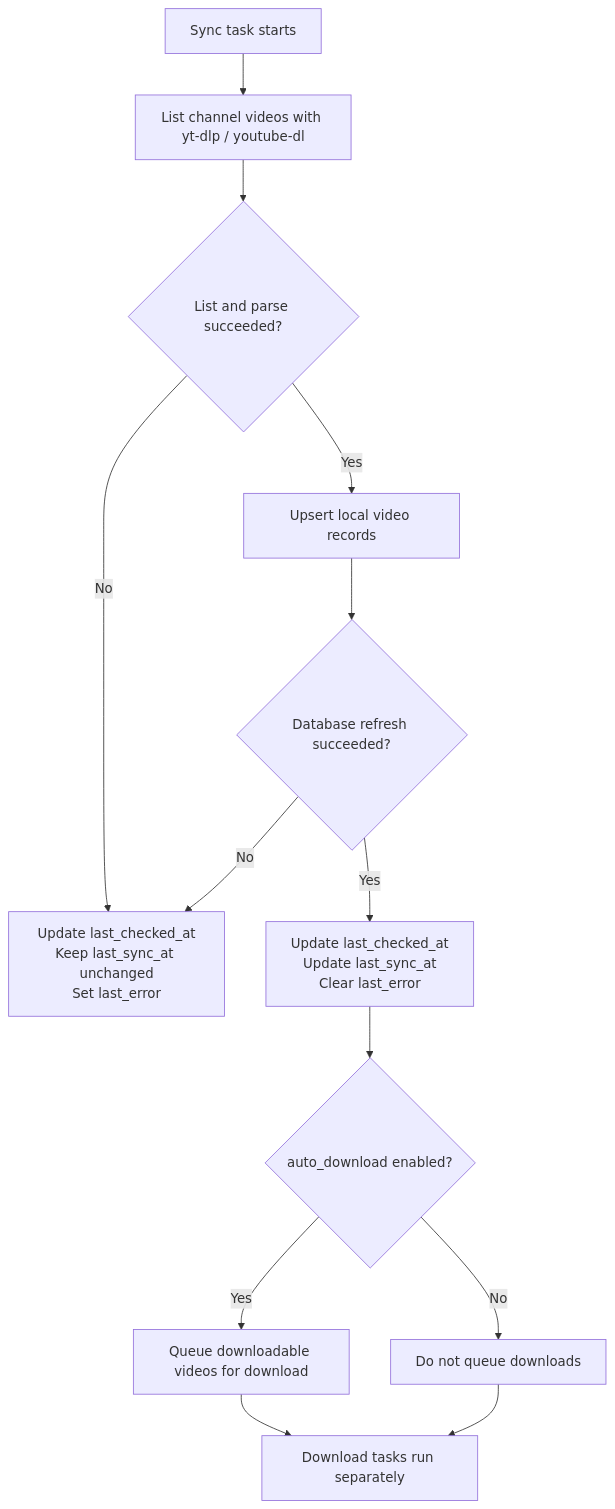
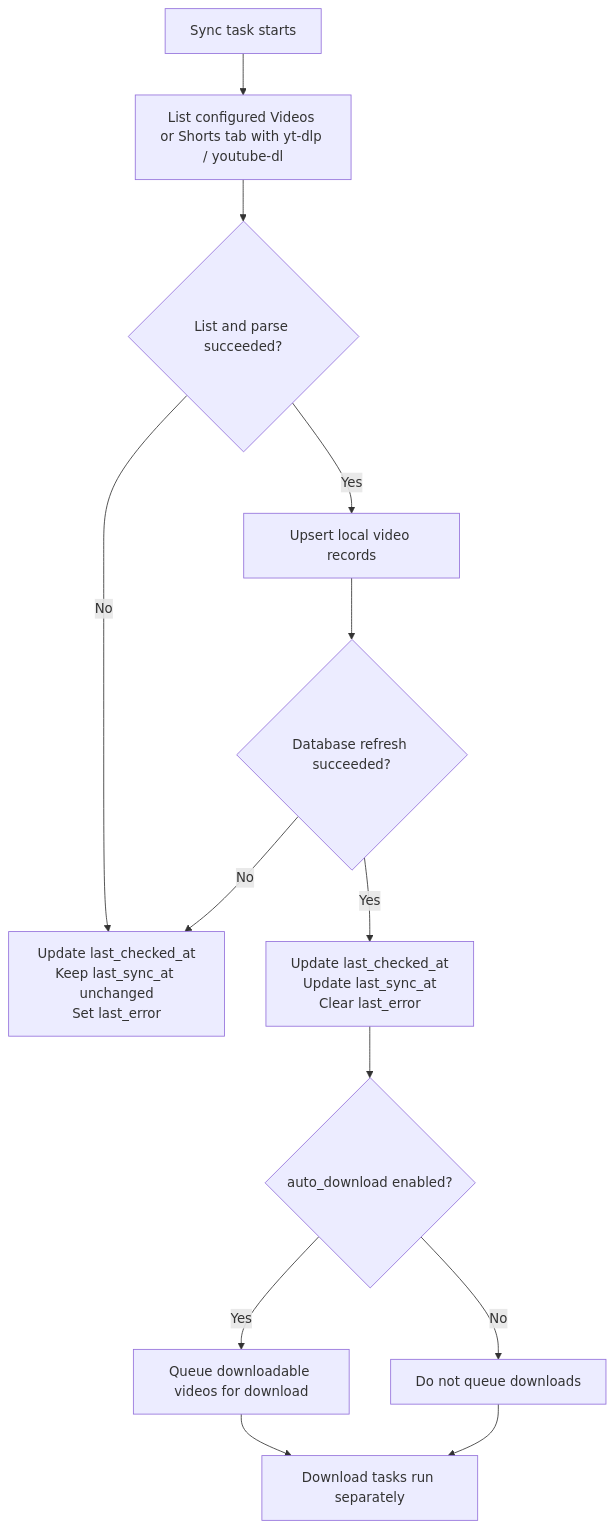
One commit to Aaron-Cai/video_transporter changed the second of 3 diagrams in readme.md. Above: the diagram before and after it, drawn with Mermaid. The commit also changed other lines of this file and 12 other files, not shown here.

````diff
--- a/readme.md
+++ b/readme.md
@@ -107,19 +110,19 @@
 ```mermaid
 flowchart TD
-    A["Sync task starts"] --> B["List channel videos with yt-dlp / youtube-dl"]
+    A["Sync task starts"] --> B["List configured Videos or Shorts tab with yt-dlp / youtube-dl"]
     B --> C{"List and parse succeeded?"}
 
     C -->|No| D["Update last_checked_at\nKeep last_sync_at unchanged\nSet last_error"]
     C -->|Yes| E["Upsert local video records"]
     E --> F{"Database refresh succeeded?"}
 
     F -->|No| D
     F -->|Yes| G["Update last_checked_at\nUpdate last_sync_at\nClear last_error"]
 
     G --> H{"auto_download enabled?"}
     H -->|Yes| I["Queue downloadable videos for download"]
     H -->|No| J["Do not queue downloads"]
 
     I --> K["Download tasks run separately"]
     J --> K
 ```
````
